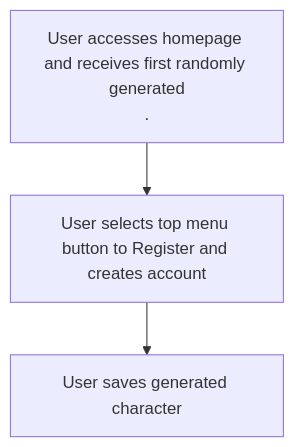
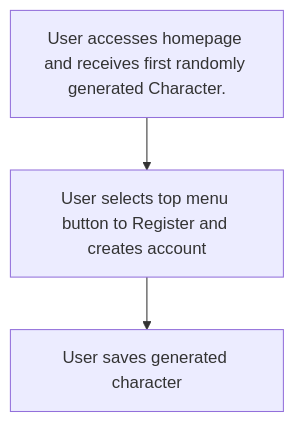
Before and after one commit to Wren00/create-an-orc: the third of 6 diagrams in README.md, drawn with Mermaid. The commit also changed other lines of this file, not shown here.

````diff
--- a/README.md
+++ b/README.md
@@ -547,5 +528,5 @@
 ```mermaid
 flowchart TD
- 	A[User accesses homepage and receives first randomly generated
-.]  --> B[User selects top menu button to Register and creates account] --> C[User saves generated character]
+ 	A[User accesses homepage and receives first randomly generated Character.]  --> B[User selects top menu button to Register and creates account]
+	--> C[User saves generated character]
 ```
````
